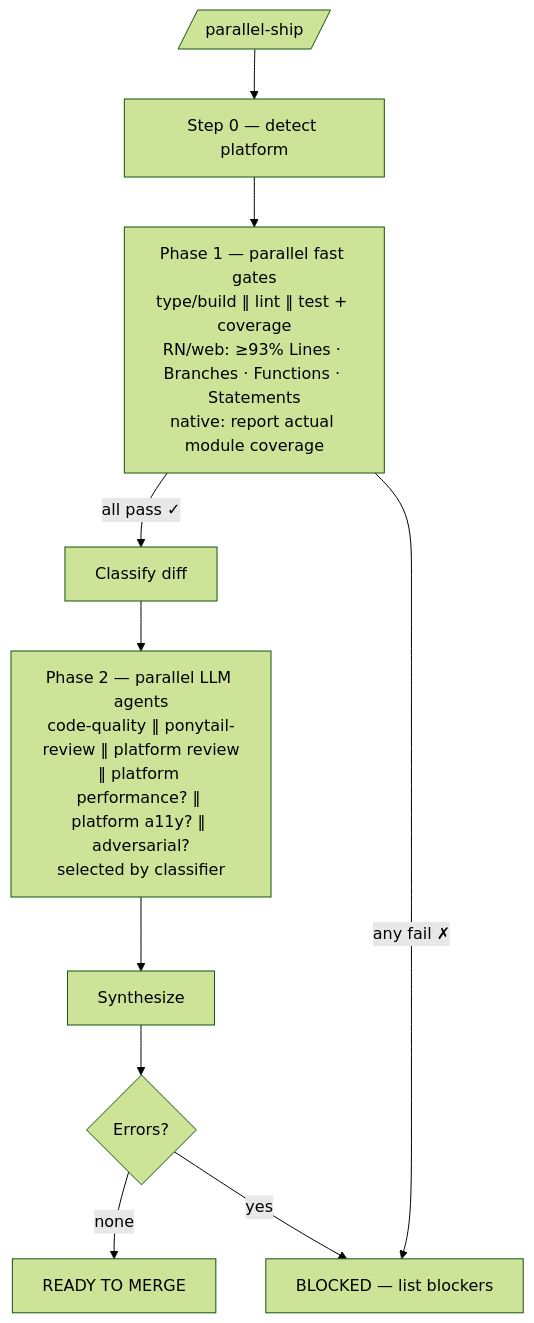
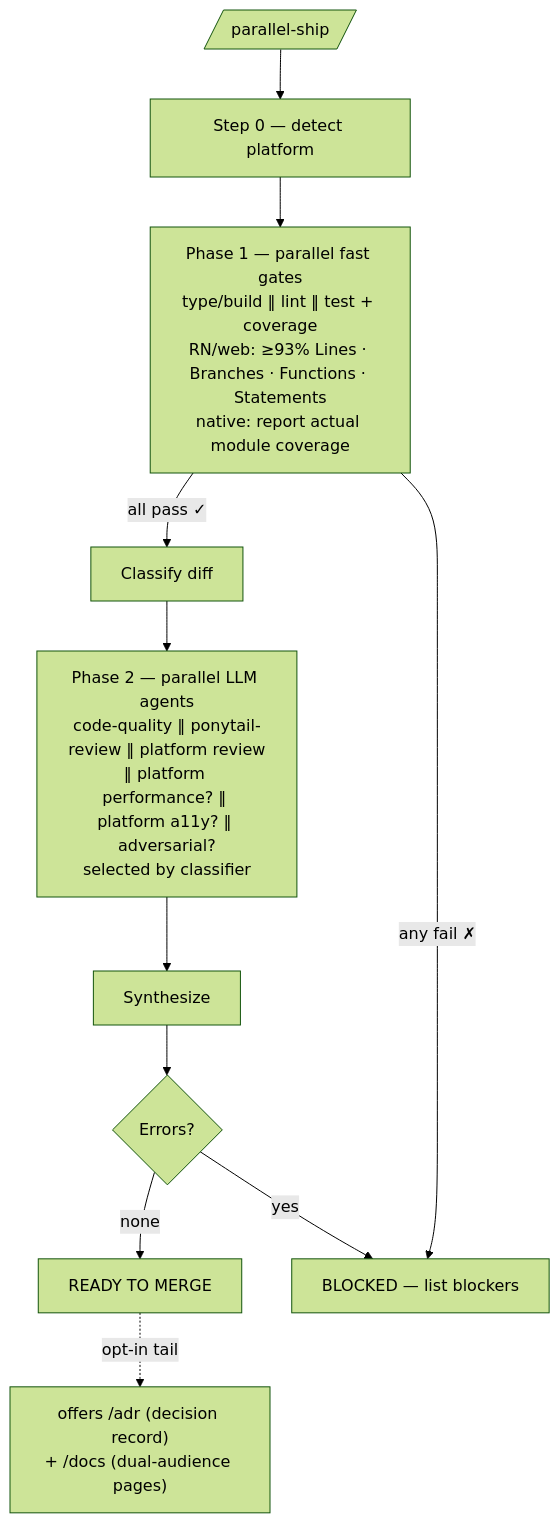
Before and after one commit to raditia/CraftKit: the third of 11 diagrams in README.md, drawn with Mermaid (forest theme). The commit also changed other lines of this file and 9 other files, not shown here.

````diff
--- a/README.md
+++ b/README.md
@@ -239,12 +243,13 @@
 ```mermaid
 flowchart TD
     A[/parallel-ship/] --> P["Step 0 — detect platform"]
     P --> B["Phase 1 — parallel fast gates\ntype/build ‖ lint ‖ test + coverage\nRN/web: ≥93% Lines · Branches · Functions · Statements\nnative: report actual module coverage"]
     B -->|all pass ✓| C[Classify diff]
     C --> D["Phase 2 — parallel LLM agents\ncode-quality ‖ ponytail-review ‖ platform review\n‖ platform performance? ‖ platform a11y? ‖ adversarial?\nselected by classifier"]
     D --> E[Synthesize]
     E --> F{Errors?}
     F -->|none| G[READY TO MERGE]
+    G -.->|opt-in tail| T["offers /adr (decision record)\n+ /docs (dual-audience pages)"]
     F -->|yes| H[BLOCKED — list blockers]
     B -->|any fail ✗| H
 ```
````
